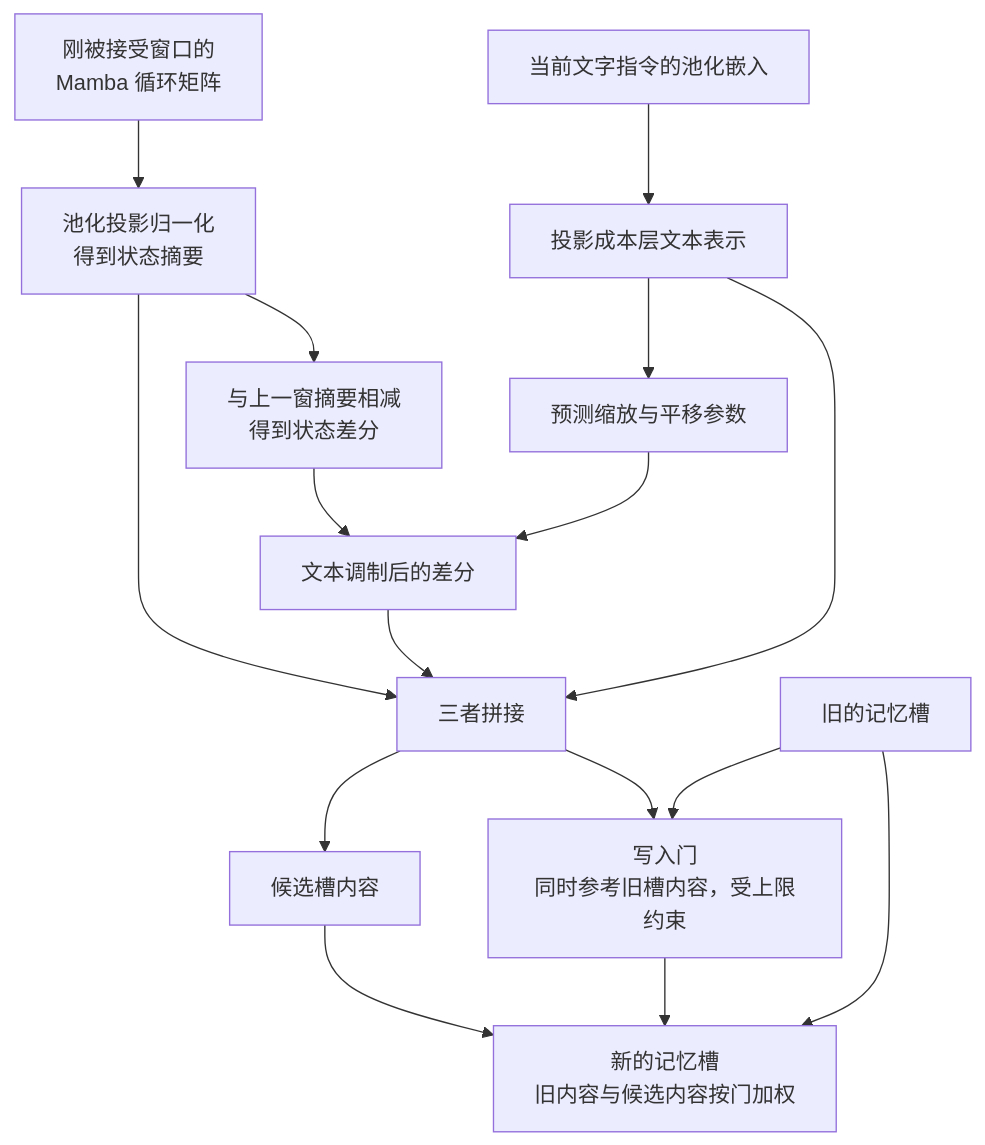
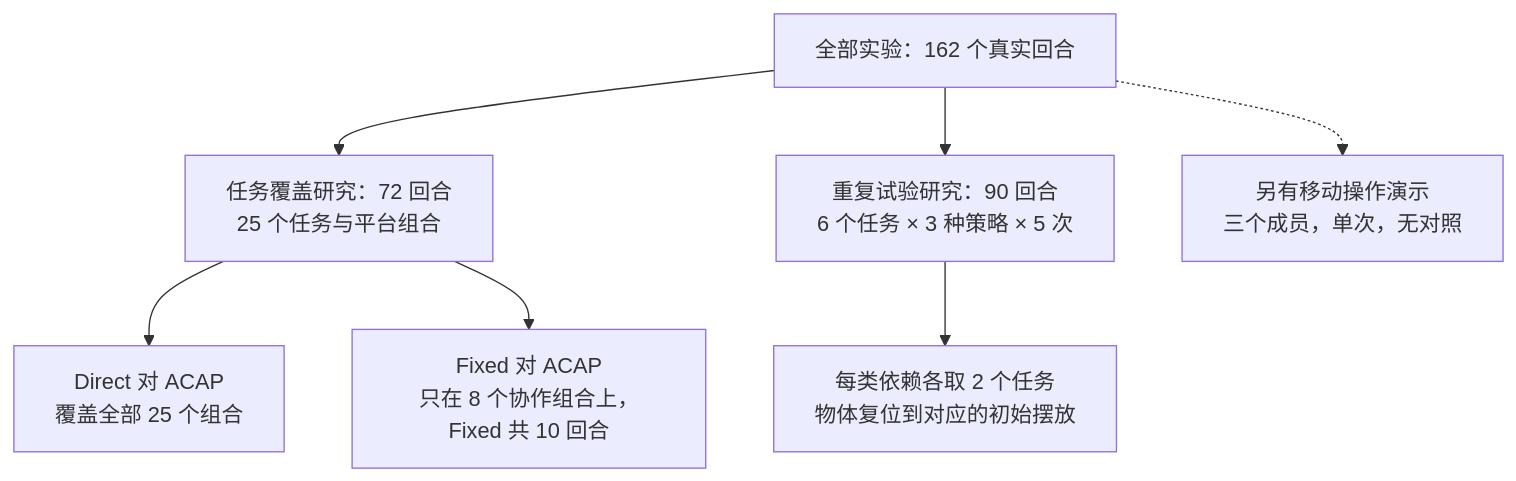
One commit to yingwang/paper-reads changed the fifth of 5 diagrams in docs/index.md. Above: the diagram before and after it, drawn with Mermaid. The commit also changed other lines of this file and 2 other files, not shown here.

First line of the commit message:
Add 2026-11-25-acap-asynchronous-coding-agents-robot-control

````diff
--- a/docs/index.md
+++ b/docs/index.md
@@ -142,18 +218,9 @@
 ```mermaid
-flowchart TB
-    H["刚被接受窗口的<br/>Mamba 循环矩阵"] --> S["池化投影归一化<br/>得到状态摘要"]
-    S --> D["与上一窗摘要相减<br/>得到状态差分"]
-    E["当前文字指令的池化嵌入"] --> EL["投影成本层文本表示"]
-    EL --> FILM["预测缩放与平移参数"]
-    D --> MOD["文本调制后的差分"]
-    FILM --> MOD
-    S --> J["三者拼接"]
-    MOD --> J
-    EL --> J
-    J --> Z["候选槽内容"]
-    J --> W["写入门<br/>同时参考旧槽内容，受上限约束"]
-    P0["旧的记忆槽"] --> W
-    Z --> P1["新的记忆槽<br/>旧内容与候选内容按门加权"]
-    W --> P1
-    P0 --> P1
+flowchart TD
+    S["全部实验：162 个真实回合"] --> A["任务覆盖研究：72 回合<br/>25 个任务与平台组合"]
+    S --> B["重复试验研究：90 回合<br/>6 个任务 × 3 种策略 × 5 次"]
+    A --> A1["Direct 对 ACAP<br/>覆盖全部 25 个组合"]
+    A --> A2["Fixed 对 ACAP<br/>只在 8 个协作组合上，Fixed 共 10 回合"]
+    B --> B1["每类依赖各取 2 个任务<br/>物体复位到对应的初始摆放"]
+    S -.-> C["另有移动操作演示<br/>三个成员，单次，无对照"]
 ```
````
